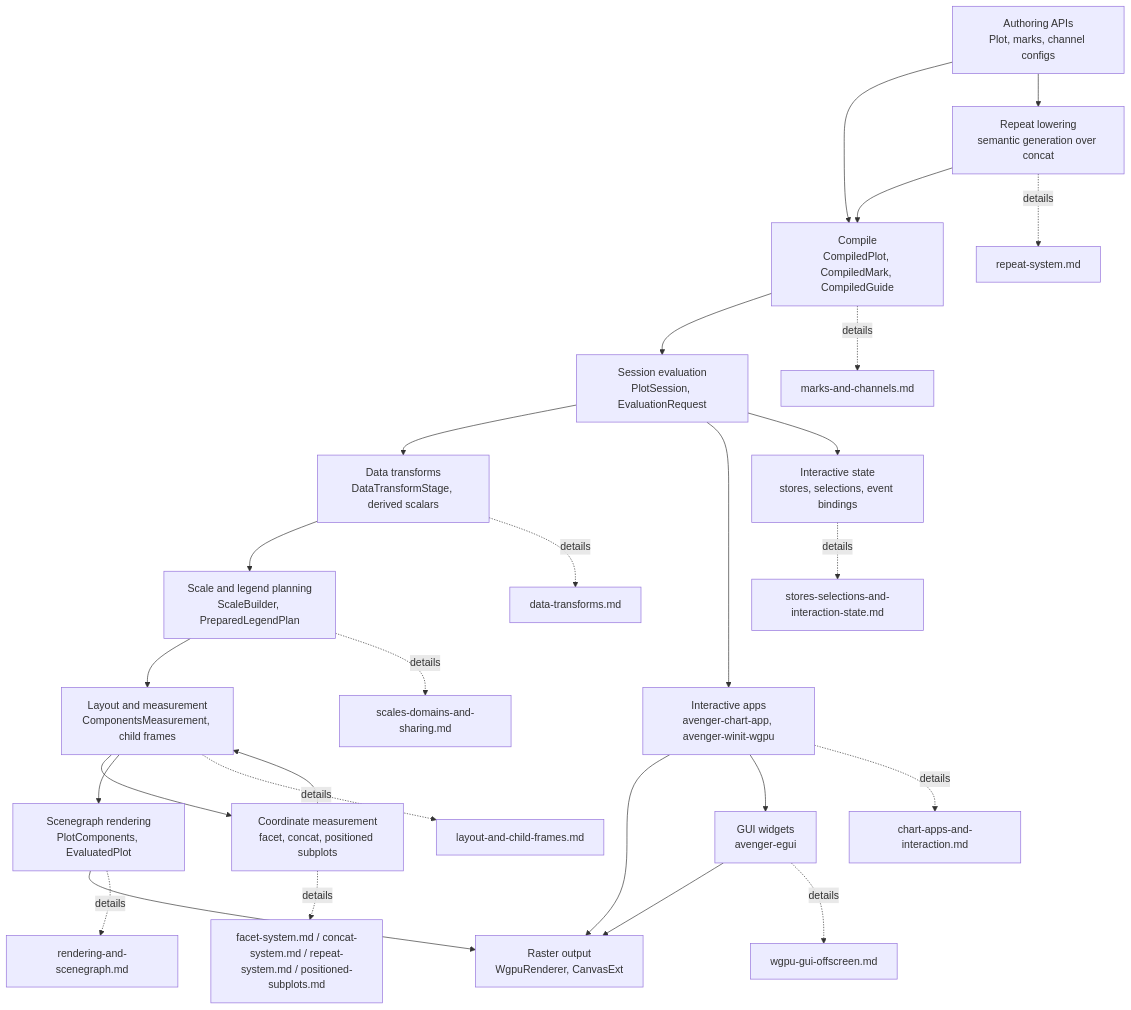
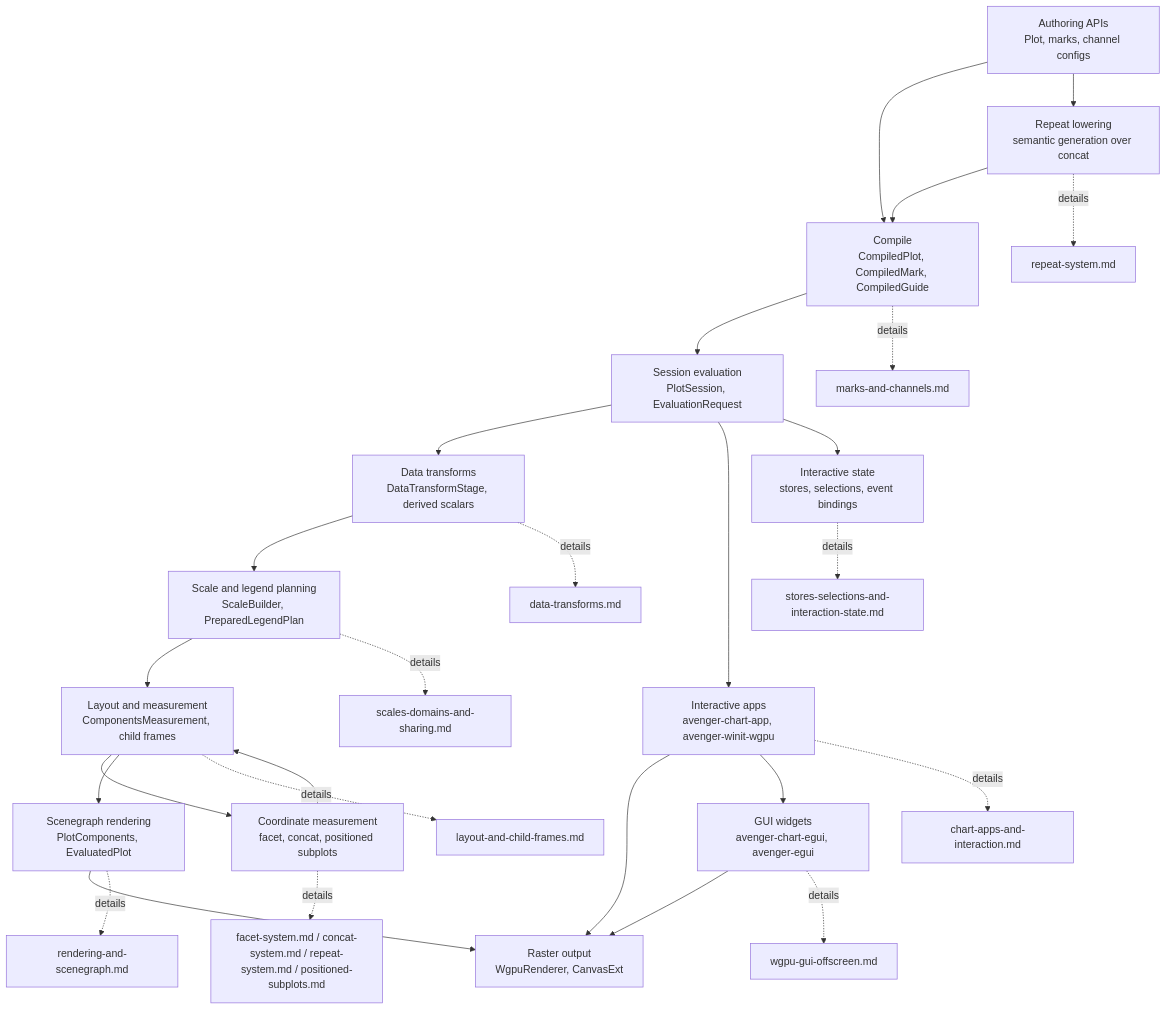
The diagram in avenger-chart/docs/architecture/README.md (jonmmease/avenger), drawn with Mermaid before and after one commit. The commit also changed 14 other files, not shown here.

Commit message:
refactor(egui): split chart widget crate

````diff
--- a/avenger-chart/docs/architecture/README.md
+++ b/avenger-chart/docs/architecture/README.md
@@ -40,44 +40,44 @@
 ```mermaid
 flowchart TD
     Author["Authoring APIs\nPlot, marks, channel configs"]
     Compile["Compile\nCompiledPlot, CompiledMark, CompiledGuide"]
     Session["Session evaluation\nPlotSession, EvaluationRequest"]
     Transforms["Data transforms\nDataTransformStage, derived scalars"]
     ScaleLegend["Scale and legend planning\nScaleBuilder, PreparedLegendPlan"]
     Layout["Layout and measurement\nComponentsMeasurement, child frames"]
     Coord["Coordinate measurement\nfacet, concat, positioned subplots"]
     Repeat["Repeat lowering\nsemantic generation over concat"]
     Render["Scenegraph rendering\nPlotComponents, EvaluatedPlot"]
     Wgpu["Raster output\nWgpuRenderer, CanvasExt"]
     Apps["Interactive apps\navenger-chart-app, avenger-winit-wgpu"]
-    Gui["GUI widgets\navenger-egui"]
+    Gui["GUI widgets\navenger-chart-egui, avenger-egui"]
     State["Interactive state\nstores, selections, event bindings"]
 
     Author --> Compile
     Author --> Repeat
     Repeat --> Compile
     Compile --> Session
     Session --> Transforms
     Transforms --> ScaleLegend
     ScaleLegend --> Layout
     Layout --> Coord
     Coord --> Layout
     Layout --> Render
     Render --> Wgpu
     Session --> Apps
     Session --> State
     Apps --> Wgpu
     Apps --> Gui
     Gui --> Wgpu
 
     Compile -. details .-> Marks["marks-and-channels.md"]
     Repeat -. details .-> RepeatDocs["repeat-system.md"]
     Transforms -. details .-> TransformDocs["data-transforms.md"]
     ScaleLegend -. details .-> Scales["scales-domains-and-sharing.md"]
     Layout -. details .-> ChildFrames["layout-and-child-frames.md"]
     Coord -. details .-> Containers["facet-system.md / concat-system.md / repeat-system.md / positioned-subplots.md"]
     Render -. details .-> Rendering["rendering-and-scenegraph.md"]
     Apps -. details .-> AppDocs["chart-apps-and-interaction.md"]
     Gui -. details .-> GuiDocs["wgpu-gui-offscreen.md"]
     State -. details .-> StateDocs["stores-selections-and-interaction-state.md"]
 ```
````
